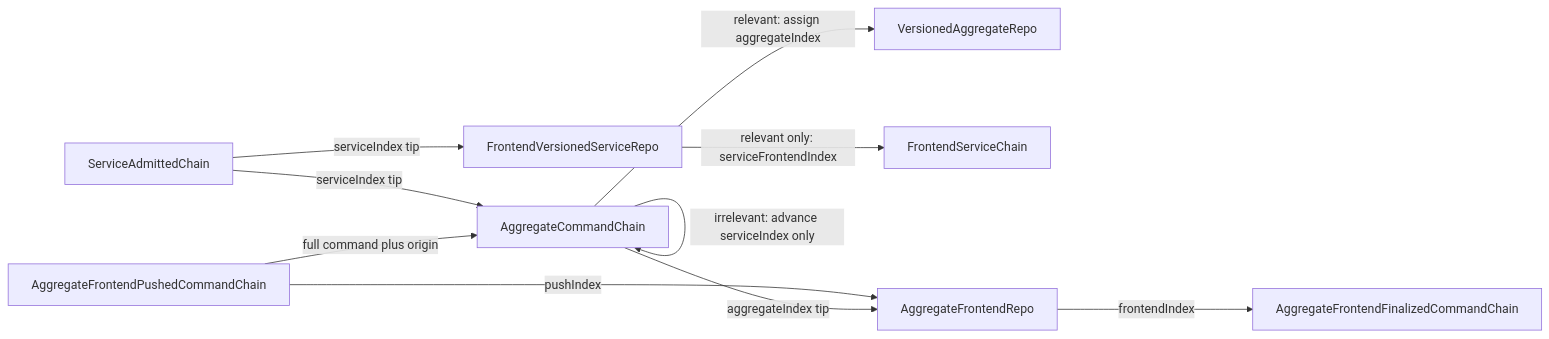
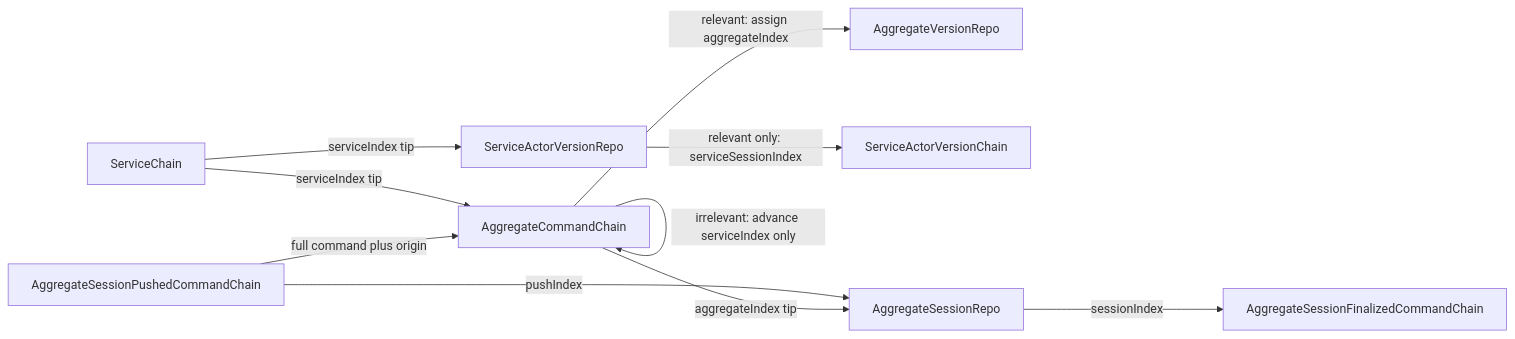
Before and after one commit to morgs32/qrk.sh: the third of 4 diagrams in wiki/dev/diagrams/KappaArchitecture.md, drawn with Mermaid. The commit also changed other lines of this file and 1714 other files, not shown here.

````diff
--- a/wiki/dev/diagrams/KappaArchitecture.md
+++ b/wiki/dev/diagrams/KappaArchitecture.md
@@ -100,14 +100,14 @@
 ```mermaid
 flowchart LR
-  ServiceAdmittedChain -->|serviceIndex tip| AggregateCommandChain
+  ServiceChain -->|serviceIndex tip| AggregateCommandChain
   AggregateCommandChain -->|irrelevant: advance serviceIndex only| AggregateCommandChain
-  AggregateCommandChain -->|relevant: assign aggregateIndex| VersionedAggregateRepo
+  AggregateCommandChain -->|relevant: assign aggregateIndex| AggregateVersionRepo
 
-  AggregateFrontendPushedCommandChain -->|pushIndex| AggregateFrontendRepo
-  AggregateFrontendPushedCommandChain -->|full command plus origin| AggregateCommandChain
-  AggregateCommandChain -->|aggregateIndex tip| AggregateFrontendRepo
-  AggregateFrontendRepo -->|frontendIndex| AggregateFrontendFinalizedCommandChain
+  AggregateSessionPushedCommandChain -->|pushIndex| AggregateSessionRepo
+  AggregateSessionPushedCommandChain -->|full command plus origin| AggregateCommandChain
+  AggregateCommandChain -->|aggregateIndex tip| AggregateSessionRepo
+  AggregateSessionRepo -->|sessionIndex| AggregateSessionFinalizedCommandChain
 
-  ServiceAdmittedChain -->|serviceIndex tip| FrontendVersionedServiceRepo
-  FrontendVersionedServiceRepo -->|relevant only: serviceFrontendIndex| FrontendServiceChain
+  ServiceChain -->|serviceIndex tip| ServiceActorVersionRepo
+  ServiceActorVersionRepo -->|relevant only: serviceSessionIndex| ServiceActorVersionChain
 ```
````
